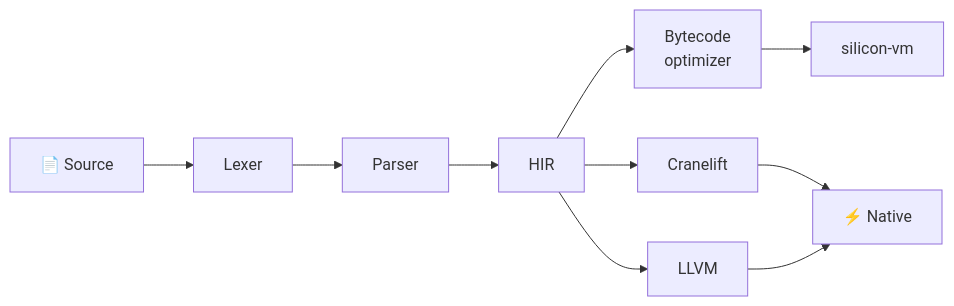
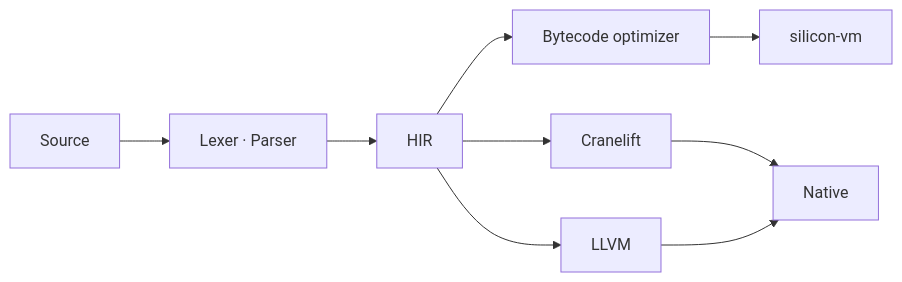
The third of 4 diagrams in README.md (Ghrit-igl/Ghrit-igl), drawn with Mermaid before and after one commit. The commit also changed other lines of this file, not shown here.

````diff
--- a/README.md
+++ b/README.md
@@ -119,10 +145,6 @@
 ```mermaid
 flowchart LR
-    S["📄 Source"] --> LX["Lexer"] --> P["Parser"] --> H["HIR"]
-    H --> O["Bytecode<br/>optimizer"]
-    O --> V["silicon-vm"]
-    H --> CL["Cranelift"]
-    H --> LL["LLVM"]
-    CL --> N["⚡ Native"]
-    LL --> N
+    S["Source"] --> P["Lexer · Parser"] --> H["HIR"] --> O["Bytecode optimizer"] --> V["silicon-vm"]
+    H --> CL["Cranelift"] --> N["Native"]
+    H --> LL["LLVM"] --> N
 ```
````
